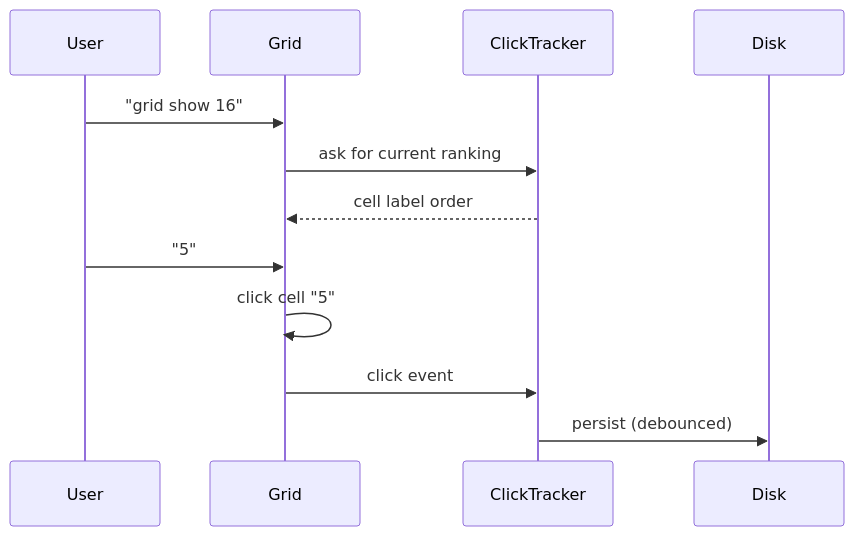
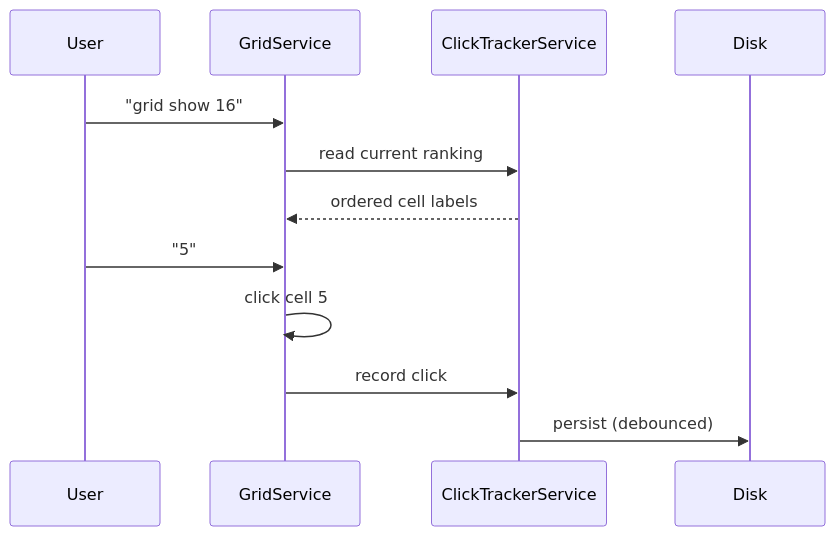
Before and after one commit to rick12000/vocalance: the seventh of 7 diagrams in docs/developer/features/command_flow.rst, drawn with Mermaid. The commit also changed other lines of this file and 12 other files, not shown here.

```diff
--- a/docs/developer/features/command_flow.rst
+++ b/docs/developer/features/command_flow.rst
@@ -377,15 +412,15 @@
 .. mermaid::
 
    sequenceDiagram
        participant User
-       participant Grid
-       participant Tracker as ClickTracker
+       participant Grid as GridService
+       participant Tracker as ClickTrackerService
        participant Disk
 
        User->>Grid: "grid show 16"
-       Grid->>Tracker: ask for current ranking
-       Tracker-->>Grid: cell label order
+       Grid->>Tracker: read current ranking
+       Tracker-->>Grid: ordered cell labels
        User->>Grid: "5"
-       Grid->>Grid: click cell "5"
-       Grid->>Tracker: click event
+       Grid->>Grid: click cell 5
+       Grid->>Tracker: record click
        Tracker->>Disk: persist (debounced)
```
